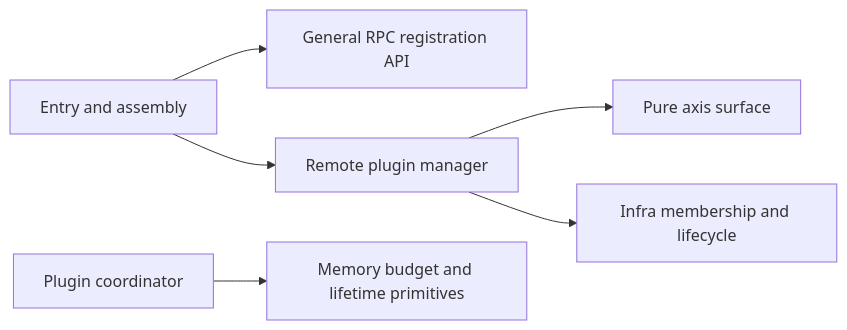
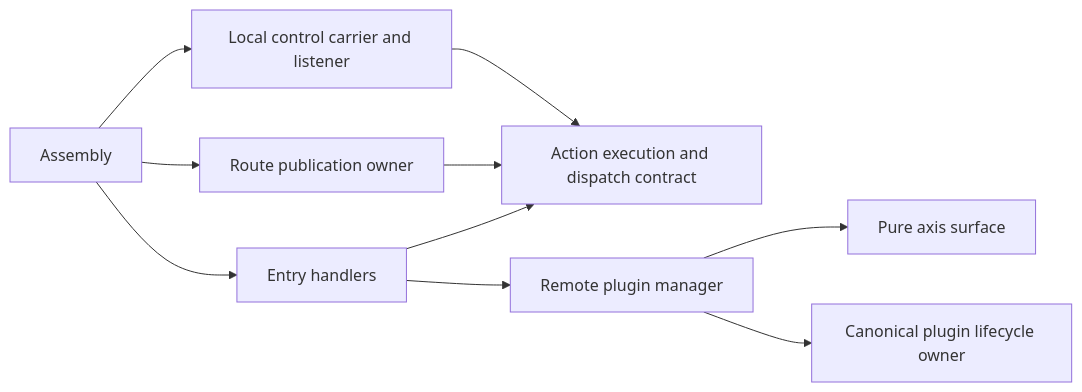
Before and after one commit to wignerStan/remote-storage-gateway: the diagram in docs/remote-axis-bindings.md, drawn with Mermaid. The commit also changed other lines of this file and 22 other files, not shown here.

Commit message:
refactor(worker): route axes through entry on local control facilities

````diff
--- a/docs/remote-axis-bindings.md
+++ b/docs/remote-axis-bindings.md
@@ -9,8 +9,12 @@
 ```mermaid
 flowchart LR
-    E[Entry and assembly] --> F[General RPC registration API]
+    A[Assembly] --> F[Local control carrier and listener]
+    A --> R[Route publication owner]
+    A --> E[Entry handlers]
+    F --> X[Action execution and dispatch contract]
+    R --> X
+    E --> X
     E --> M[Remote plugin manager]
     M --> S[Pure axis surface]
-    M --> L[Infra membership and lifecycle]
-    C[Plugin coordinator] --> B[Memory budget and lifetime primitives]
+    M --> L[Canonical plugin lifecycle owner]
 ```
````
